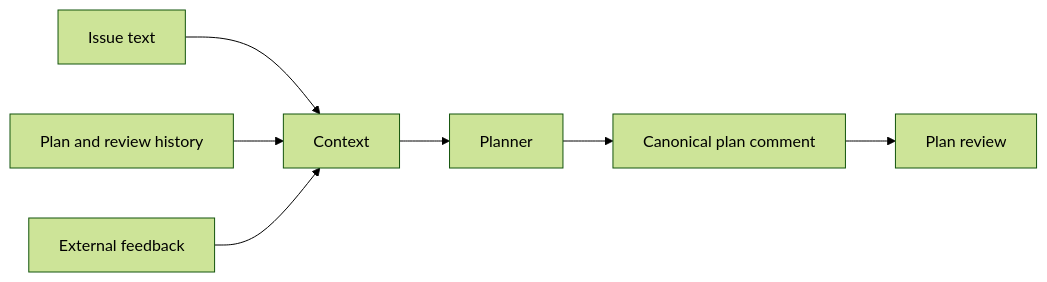
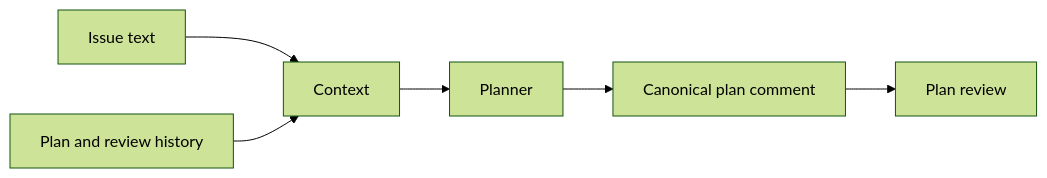
One commit to HomericIntelligence/Hephaestus changed the fifth of 16 diagrams in docs/architecture.md. Above: the diagram before and after it, drawn with Mermaid (forest theme). The commit also changed other lines of this file and 29 other files, not shown here.

````diff
--- a/docs/architecture.md
+++ b/docs/architecture.md
@@ -580,8 +583,7 @@
 ```mermaid
 flowchart LR
     Issue["Issue text"] --> Context
     History["Plan and review history"] --> Context
-    Feedback["External feedback"] --> Context
     Context --> Planner --> Canonical["Canonical plan comment"]
     Canonical --> PlanReview["Plan review"]
 ```
````
